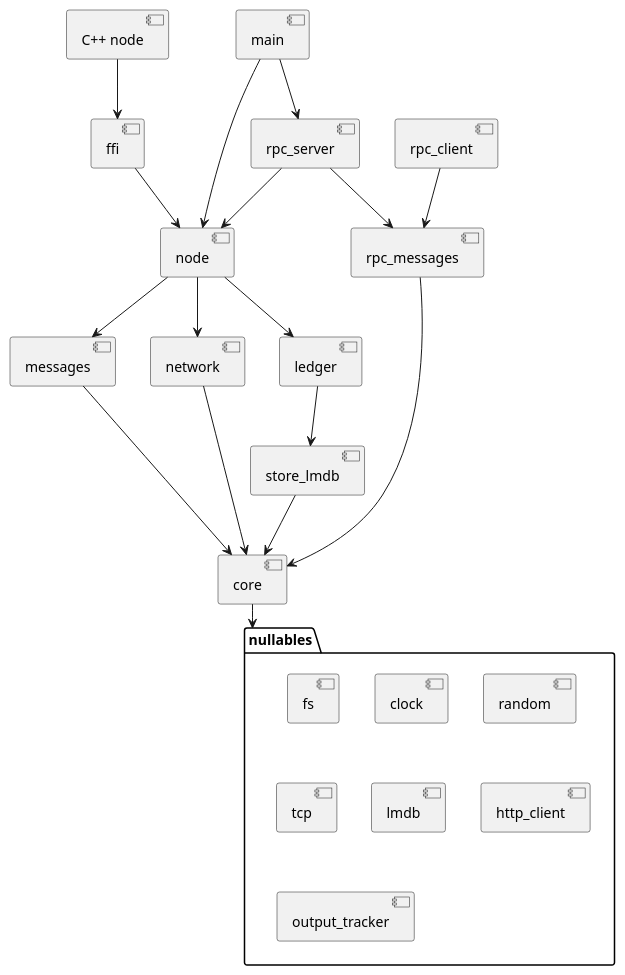
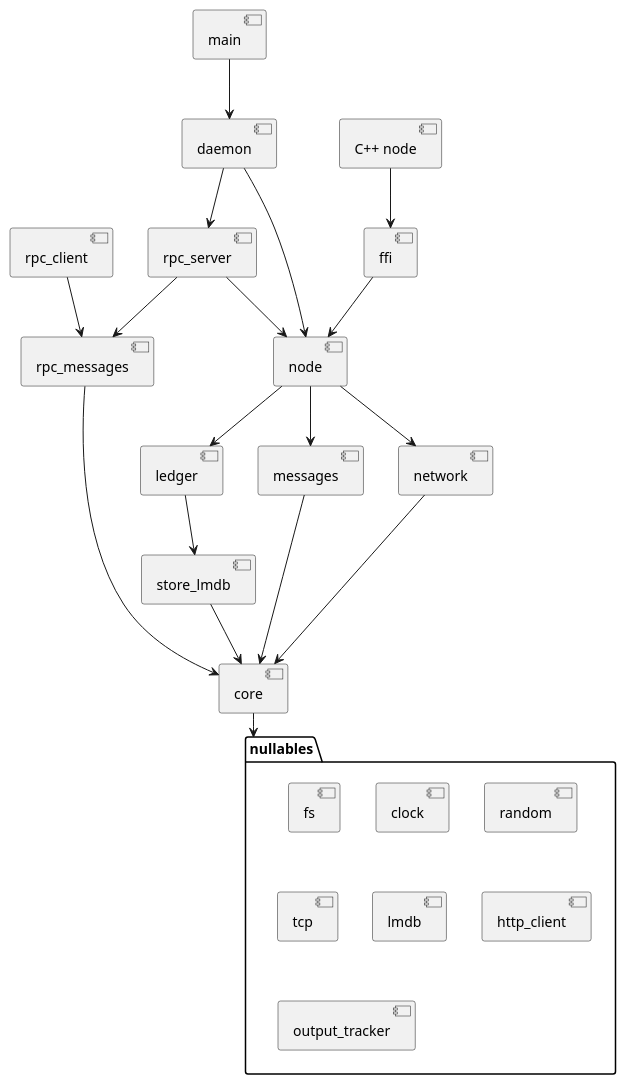
One commit to stjet/rsban-node changed the diagram in rust/doc/crates.puml. Above: the diagram before and after it, drawn with PlantUML. The commit also changed 4 other files, not shown here.

```diff
--- a/rust/doc/crates.puml
+++ b/rust/doc/crates.puml
@@ -1,43 +1,45 @@
 @startuml "Split crates"
 
 [core]
 [ledger]
 [store_lmdb]
 [messages]
 [network]
+[daemon]
 [node]
 [main]
 [ffi]
 [C++ node]
 [rpc_messages]
 [rpc_server]
 [rpc_client]
 
 folder "nullables"{
 [fs]
 [clock]
 [random]
 [tcp]
 [lmdb]
 [http_client]
 [output_tracker]
 }
 
 [C++ node] --> [ffi]
-[main] --> [node]
-[main] --> [rpc_server]
+[main] --> [daemon]
+[daemon] --> [node]
+[daemon] --> [rpc_server]
 [rpc_server] --> [node]
 [rpc_server] --> [rpc_messages]
 [rpc_client] --> [rpc_messages]
 [rpc_messages] --> [core]
 [node] --> [ledger]
 [node] --> [messages]
 [node] --> [network]
 [messages] --> [core]
 [network] --> [core]
 [ledger] --> [store_lmdb]
 [store_lmdb] --> [core]
 [ffi] --> [node]
 [core] --> "nullables"
 
 @enduml
```
